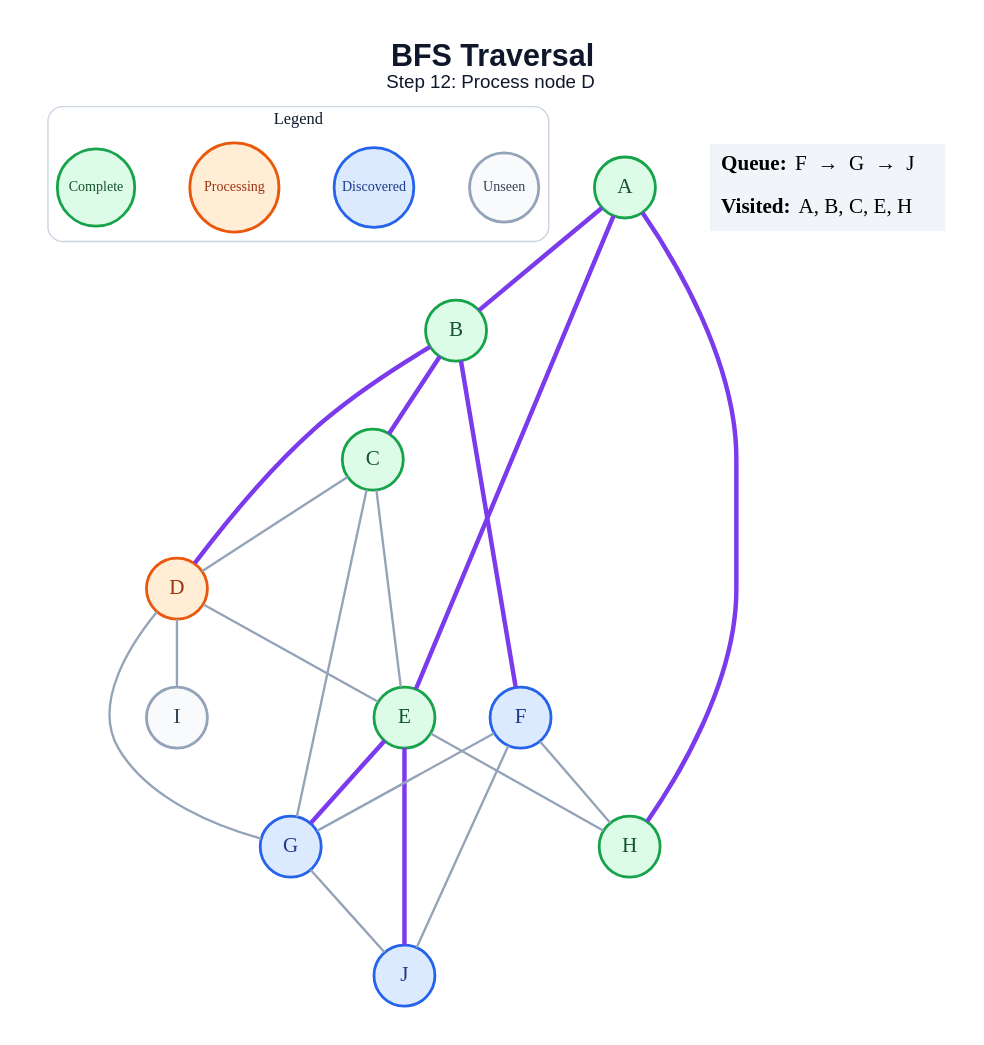
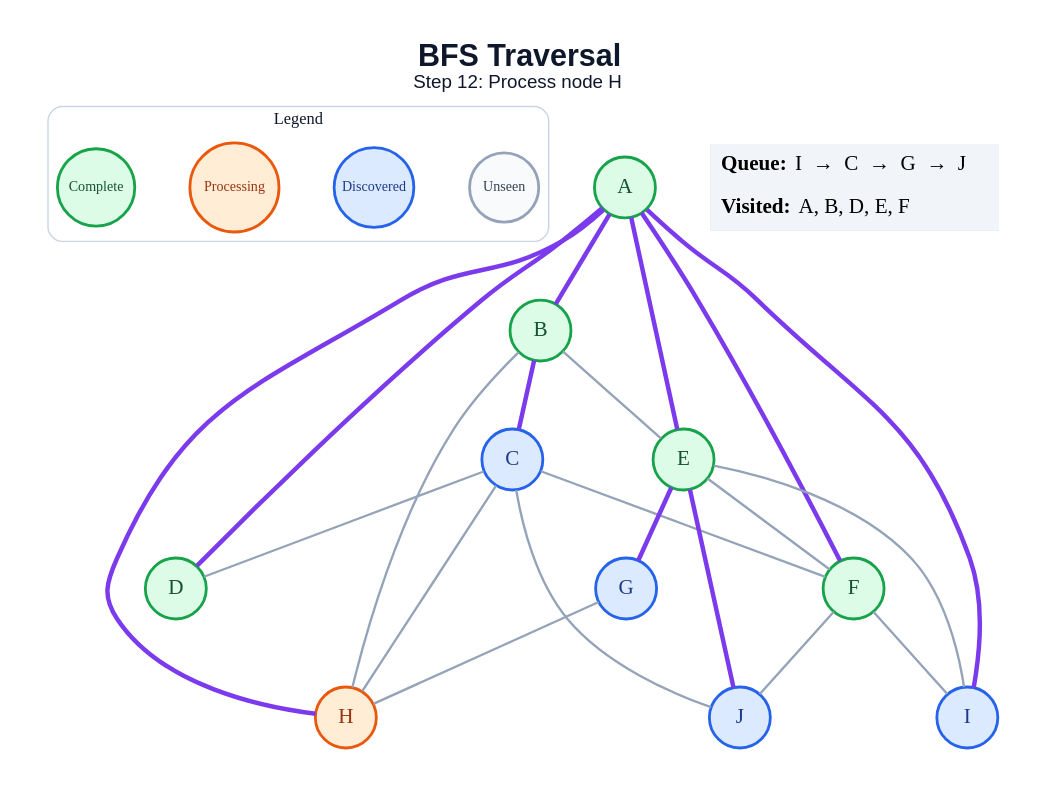
One commit to amanghodawala9/ai-slop changed the diagram in generated/bfs/step_12.dot. Above: the diagram before and after it, drawn with Graphviz. The commit also changed 178 other files, not shown here.

```diff
--- a/generated/bfs/step_12.dot
+++ b/generated/bfs/step_12.dot
@@ -1,48 +1,49 @@
 graph traversal {
   graph [layout=dot, rankdir=TB, bgcolor="#FFFFFF", pad="0.35", nodesep="0.65", ranksep="0.8", fontname="Arial"];
   node [shape=circle, style="filled", fontname="Arial Bold", fontsize=18, width=0.72, fixedsize=true, penwidth=2.4];
   edge [color="#94A3B8", penwidth=2.0];
-  label=<<B>BFS Traversal</B><BR/><FONT POINT-SIZE="16">Step 12: Process node D</FONT>>; labelloc="t"; fontsize=26; fontname="Arial"; fontcolor="#0F172A";
+  label=<<B>BFS Traversal</B><BR/><FONT POINT-SIZE="16">Step 12: Process node H</FONT>>; labelloc="t"; fontsize=26; fontname="Arial"; fontcolor="#0F172A";
   subgraph cluster_legend { label="Legend"; color="#CBD5E1"; penwidth=1.2; style="rounded"; fontsize=14; fontname="Arial Bold";
     key_unseen [label="Unseen", fillcolor="#F8FAFC", color="#94A3B8", fontcolor="#334155", fontsize=12, width=0.82];
     key_frontier [label="Discovered", fillcolor="#DBEAFE", color="#2563EB", fontcolor="#1E3A8A", fontsize=12, width=0.95];
     key_current [label="Processing", fillcolor="#FFEDD5", color="#EA580C", fontcolor="#9A3412", fontsize=12, width=1.05];
     key_done [label="Complete", fillcolor="#DCFCE7", color="#16A34A", fontcolor="#14532D", fontsize=12, width=0.92];
     { rank=same; key_unseen; key_frontier; key_current; key_done; }
   }
   A [fillcolor="#DCFCE7", color="#16A34A", fontcolor="#14532D"];
   B [fillcolor="#DCFCE7", color="#16A34A", fontcolor="#14532D"];
-  C [fillcolor="#DCFCE7", color="#16A34A", fontcolor="#14532D"];
-  D [fillcolor="#FFEDD5", color="#EA580C", fontcolor="#9A3412"];
+  C [fillcolor="#DBEAFE", color="#2563EB", fontcolor="#1E3A8A"];
+  D [fillcolor="#DCFCE7", color="#16A34A", fontcolor="#14532D"];
   E [fillcolor="#DCFCE7", color="#16A34A", fontcolor="#14532D"];
-  F [fillcolor="#DBEAFE", color="#2563EB", fontcolor="#1E3A8A"];
+  F [fillcolor="#DCFCE7", color="#16A34A", fontcolor="#14532D"];
   G [fillcolor="#DBEAFE", color="#2563EB", fontcolor="#1E3A8A"];
-  H [fillcolor="#DCFCE7", color="#16A34A", fontcolor="#14532D"];
-  I [fillcolor="#F8FAFC", color="#94A3B8", fontcolor="#334155"];
+  H [fillcolor="#FFEDD5", color="#EA580C", fontcolor="#9A3412"];
+  I [fillcolor="#DBEAFE", color="#2563EB", fontcolor="#1E3A8A"];
   J [fillcolor="#DBEAFE", color="#2563EB", fontcolor="#1E3A8A"];
   A -- B [color="#7C3AED", penwidth=3.8];
+  A -- D [color="#7C3AED", penwidth=3.8];
   A -- E [color="#7C3AED", penwidth=3.8];
+  A -- F [color="#7C3AED", penwidth=3.8];
   A -- H [color="#7C3AED", penwidth=3.8];
+  A -- I [color="#7C3AED", penwidth=3.8];
   B -- C [color="#7C3AED", penwidth=3.8];
-  B -- D [color="#7C3AED", penwidth=3.8];
-  B -- F [color="#7C3AED", penwidth=3.8];
+  B -- E;
+  B -- H;
   C -- D;
-  C -- E;
-  C -- G;
-  D -- E;
-  D -- G;
-  D -- I;
+  C -- F;
+  C -- H;
+  C -- J;
+  E -- F;
   E -- G [color="#7C3AED", penwidth=3.8];
-  E -- H;
+  E -- I;
   E -- J [color="#7C3AED", penwidth=3.8];
-  F -- G;
-  F -- H;
+  F -- I;
   F -- J;
-  G -- J;
+  G -- H;
   status [shape=plain, fixedsize=false, width=0, height=0, margin=0, label=<
     <TABLE BORDER="0" CELLBORDER="0" CELLPADDING="7" BGCOLOR="#F1F5F9">
-      <TR><TD ALIGN="LEFT"><B>Queue:</B> F  →  G  →  J</TD></TR>
-      <TR><TD ALIGN="LEFT"><B>Visited:</B> A, B, C, E, H</TD></TR>
+      <TR><TD ALIGN="LEFT"><B>Queue:</B> I  →  C  →  G  →  J</TD></TR>
+      <TR><TD ALIGN="LEFT"><B>Visited:</B> A, B, D, E, F</TD></TR>
     </TABLE>
   >];
 }
```
